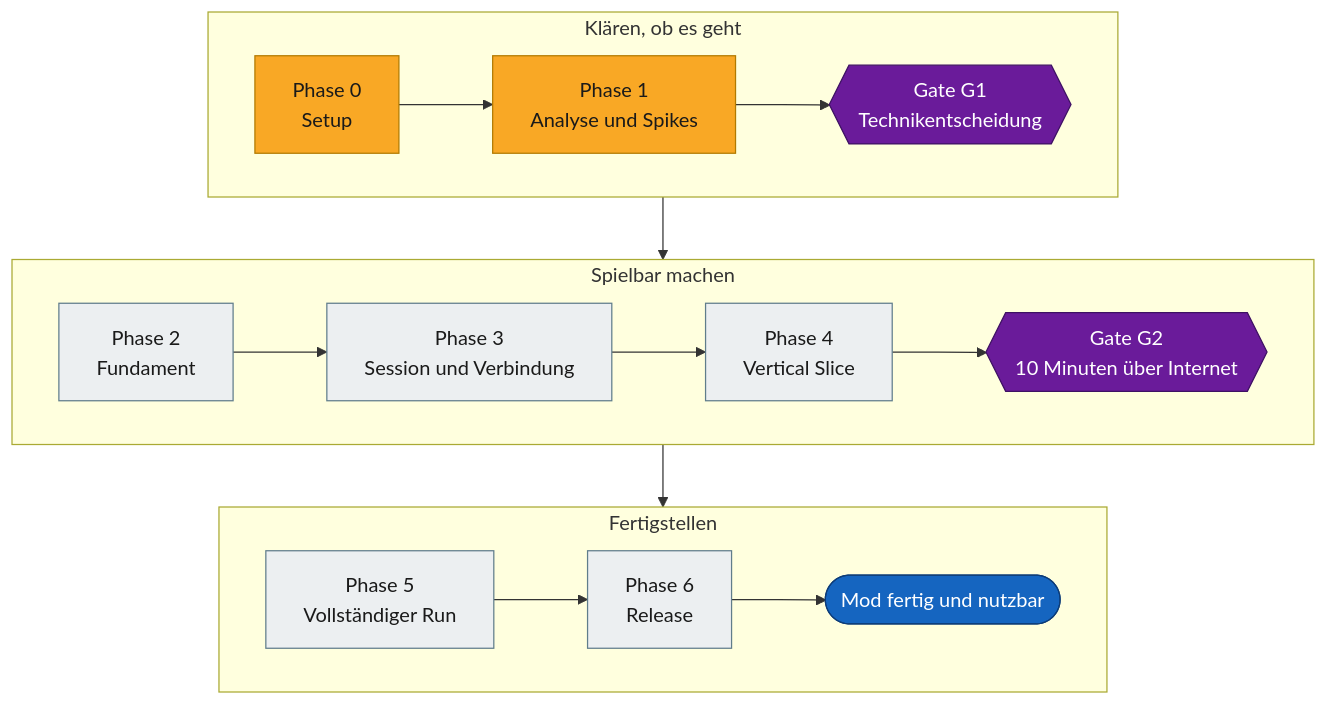
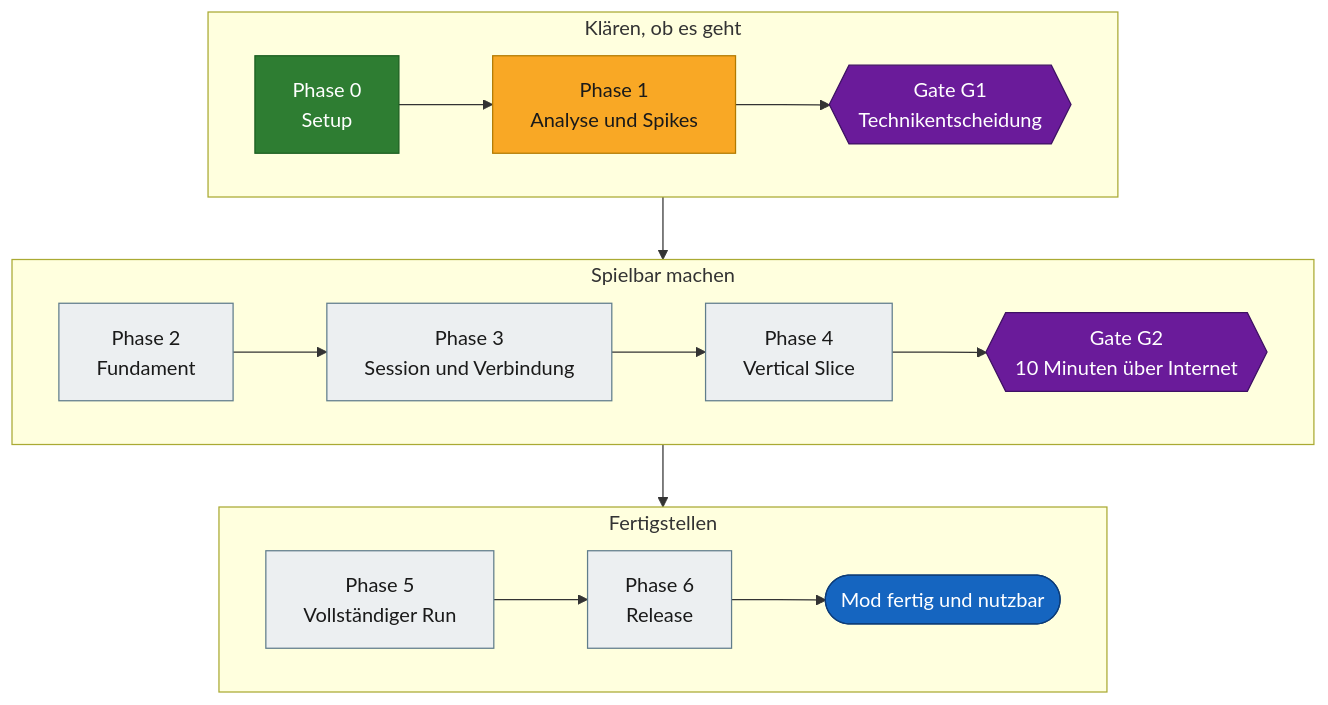
Before and after one commit to VitaminStack/Deadly-Days-Roadtrip-Multiplayer-Mod: the first of 4 diagrams in docs/ROADMAP.md, drawn with Mermaid. The commit also changed 2 other files, not shown here.

Commit message:
docs: Phase 0 als abgeschlossen markieren (#54)
Alle 11 Punkte in TODO.md sind erledigt. README zeigt 11 von 11,
die Ablaufdiagramme in README und Roadmap markieren Phase 0 als fertig.
Die erledigte Entscheidung zu Update-Regel und Build-ID ist entfernt.

````diff
--- a/docs/ROADMAP.md
+++ b/docs/ROADMAP.md
@@ -42,24 +42,25 @@
 ```mermaid
 flowchart TD
     subgraph A["Klären, ob es geht"]
         direction LR
-        P0["Phase 0<br/>Setup"]:::wip --> P1["Phase 1<br/>Analyse und Spikes"]:::wip --> G1{{"Gate G1<br/>Technikentscheidung"}}:::gate
+        P0["Phase 0<br/>Setup"]:::done --> P1["Phase 1<br/>Analyse und Spikes"]:::wip --> G1{{"Gate G1<br/>Technikentscheidung"}}:::gate
     end
 
     subgraph B["Spielbar machen"]
         direction LR
         P2["Phase 2<br/>Fundament"]:::open --> P3["Phase 3<br/>Session und Verbindung"]:::open --> P4["Phase 4<br/>Vertical Slice"]:::open --> G2{{"Gate G2<br/>10 Minuten über Internet"}}:::gate
     end
 
     subgraph C["Fertigstellen"]
         direction LR
         P5["Phase 5<br/>Vollständiger Run"]:::open --> P6["Phase 6<br/>Release"]:::open --> Z(["Mod fertig und nutzbar"]):::goal
     end
 
     A --> B --> C
 
+    classDef done fill:#2e7d32,stroke:#1b5e20,color:#ffffff
     classDef wip fill:#f9a825,stroke:#b27a00,color:#1a1a1a
     classDef open fill:#eceff1,stroke:#607d8b,color:#1a1a1a
     classDef gate fill:#6a1b9a,stroke:#3e1163,color:#ffffff
     classDef goal fill:#1565c0,stroke:#0d3c78,color:#ffffff
 ```
````
